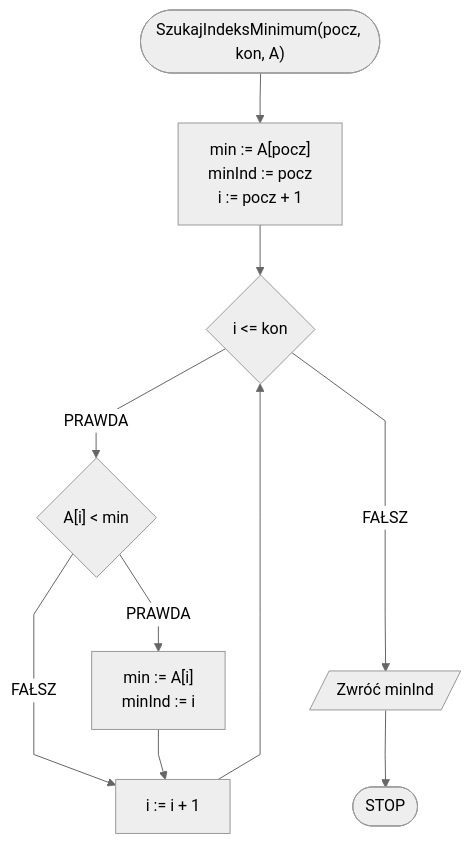
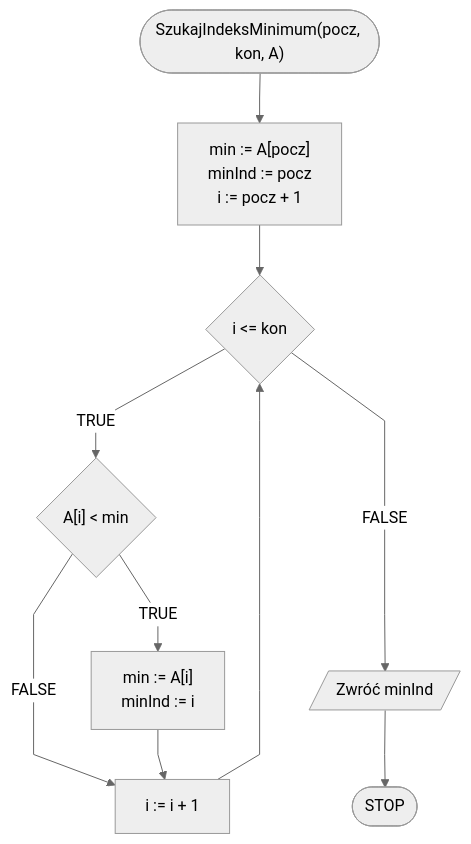
One commit to blackbat13/edu-cs-htiew-en changed the first of 2 diagrams in docs/algorithms/sorting/selection-sort.md. Above: the diagram before and after it, drawn with Mermaid. The commit also changed other lines of this file and 682 other files, not shown here.

````diff
--- a/docs/algorithms/sorting/selection-sort.md
+++ b/docs/algorithms/sorting/selection-sort.md
@@ -49,16 +49,16 @@
 ```mermaid
 %%{init: {"flowchart": {"curve": "linear"}, "theme": "neutral"} }%%
 flowchart TD
     START(["SzukajIndeksMinimum(pocz, kon, A)"]) --> K1["min := A[pocz]
     minInd := pocz
     i := pocz + 1"]
     K1 --> K3{i <= kon}
-    K3 -- PRAWDA --> K4{"A[i] < min"}
-    K4 -- PRAWDA --> K5["min := A[i]
+    K3 -- TRUE --> K4{"A[i] < min"}
+    K4 -- TRUE --> K5["min := A[i]
     minInd := i"]
-    K4 -- FAŁSZ --> K3i[i := i + 1]
+    K4 -- FALSE --> K3i[i := i + 1]
     K5 --> K3i
     K3i --> K3
-    K3 -- FAŁSZ ---> K7[/Zwróć minInd/]
+    K3 -- FALSE ---> K7[/Zwróć minInd/]
     K7 --> STOP([STOP])
 ```
````
